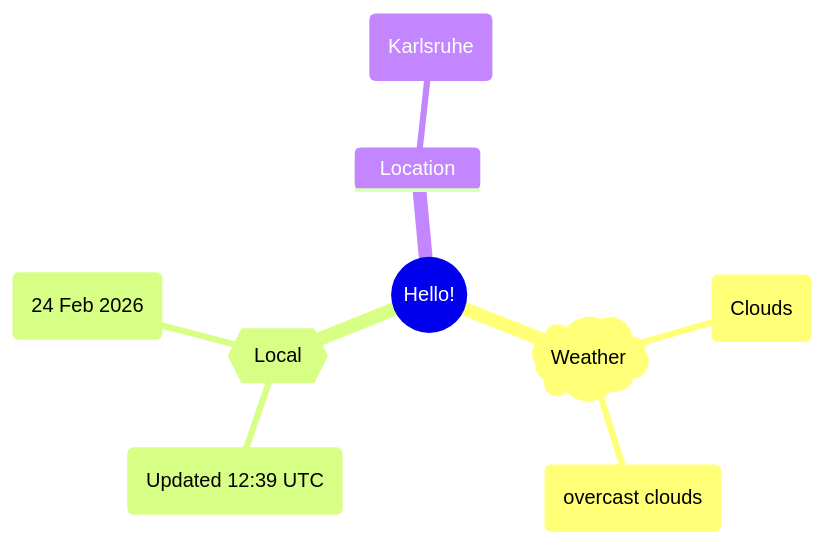
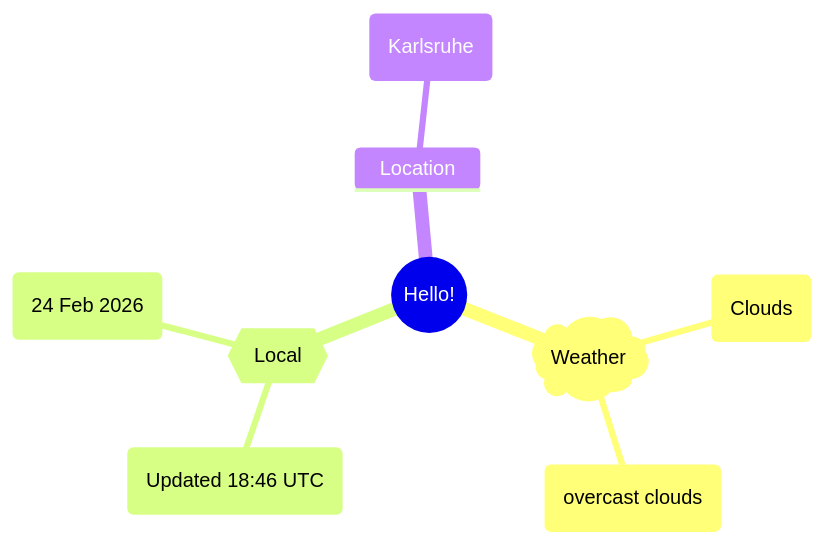
Before and after one commit to Xosrov/Xosrov: the first of 2 diagrams in README.md, drawn with Mermaid.

Commit message:
[bot] updated images

````diff
--- a/README.md
+++ b/README.md
@@ -3,12 +3,12 @@
 ```mermaid
 mindmap
   root((Hello!))
     )Weather(
         (Clouds)
         (overcast clouds)
     {{Local}}
-        (Updated 12:39 UTC)
+        (Updated 18:46 UTC)
         (24 Feb 2026)
     Location
         (Karlsruhe)
 ```
````
